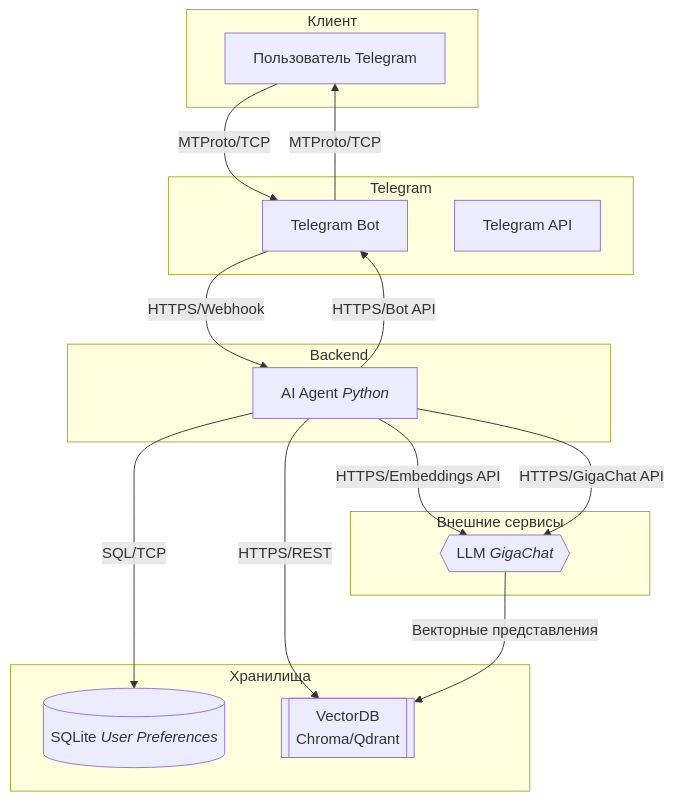
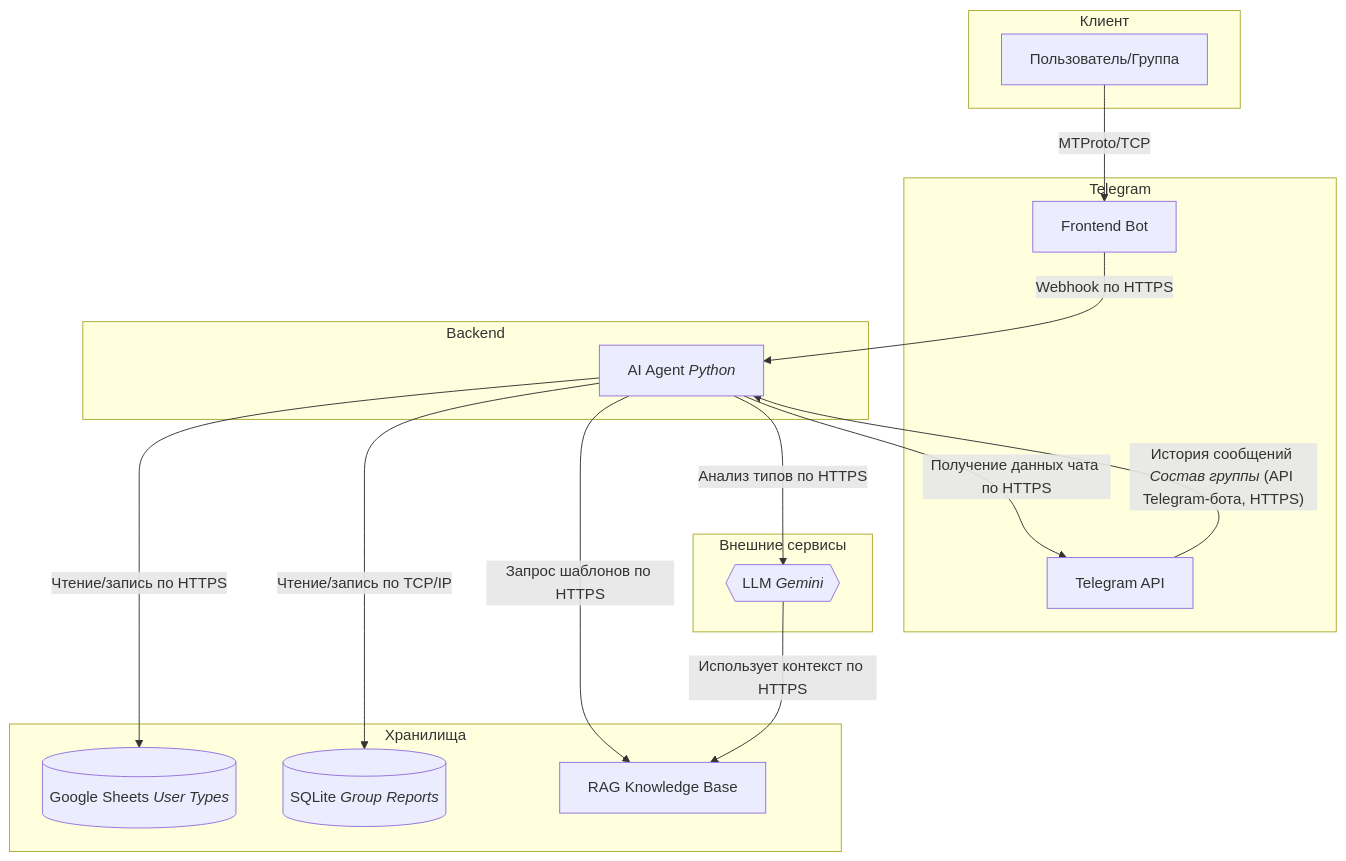
Before and after one commit to toxicneka/catlover: the diagram in README.md, drawn with Mermaid.

````diff
--- a/README.md
+++ b/README.md
@@ -1,34 +1,35 @@
 ```mermaid
 graph TD
     subgraph "Клиент"
-        A[Пользователь Telegram]
+        A[Пользователь/Группа]
     end
 
     subgraph "Telegram"
-        B[Telegram Bot]
+        B[Frontend Bot]
         I[Telegram API]
     end
 
     subgraph "Backend"
         D[AI Agent <i>Python</i>]
     end
 
     subgraph "Хранилища"
-        F[(SQLite <i>User Preferences</i>)]
-        J[["VectorDB <br/>Chroma/Qdrant"]]
+        E[(Google Sheets <i>User Types</i>)]
+        F[(SQLite <i>Group Reports</i>)]
+        J[RAG Knowledge Base]
     end
 
     subgraph "Внешние сервисы"
-        G{{LLM <i>GigaChat</i>}}
+        G{{LLM <i>Gemini</i>}}
     end
 
-    A -- "MTProto/TCP" --> B
-    B -- "HTTPS/Webhook" --> D
-    D -- "SQL/TCP" --> F
-    D -- "HTTPS/REST" --> J
-    D -- "HTTPS/Embeddings API" --> G
-    D -- "HTTPS/GigaChat API" --> G
-    G -- "Векторные представления" --> J
-    D -- "HTTPS/Bot API" --> B
-    B -- "MTProto/TCP" --> A
+    A -- MTProto/TCP --> B
+    B -- Webhook по HTTPS --> D
+    D -- Чтение/запись по HTTPS --> E
+    D -- Чтение/запись по TCP/IP --> F
+    D -- Запрос шаблонов по HTTPS --> J
+    D -- Анализ типов по HTTPS --> G
+    D -- Получение данных чата по HTTPS --> I
+    G -- Использует контекст по HTTPS --> J
+    I -- История сообщений <i>Состав группы</i> (API Telegram-бота, HTTPS) --> D
 ```
````
